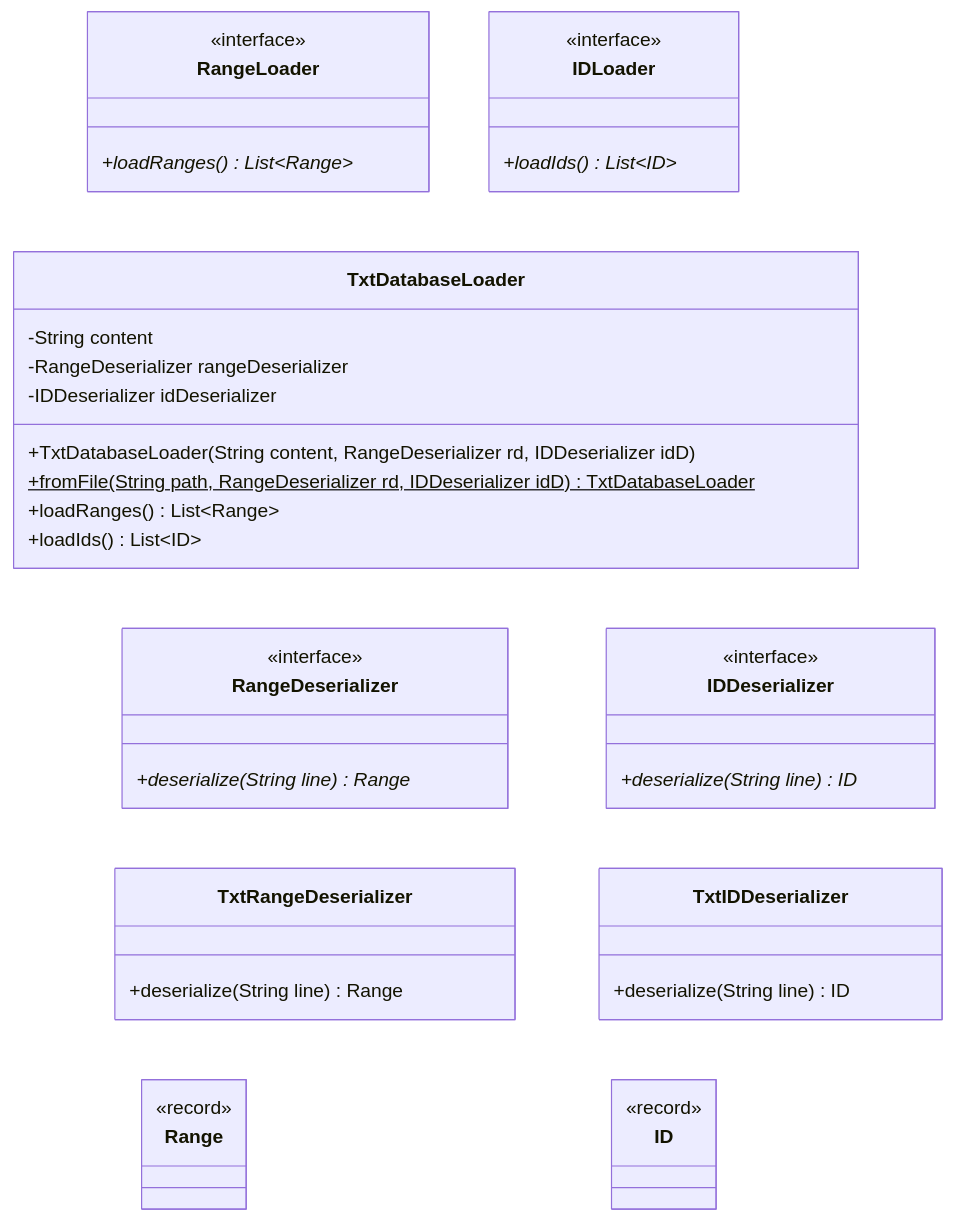
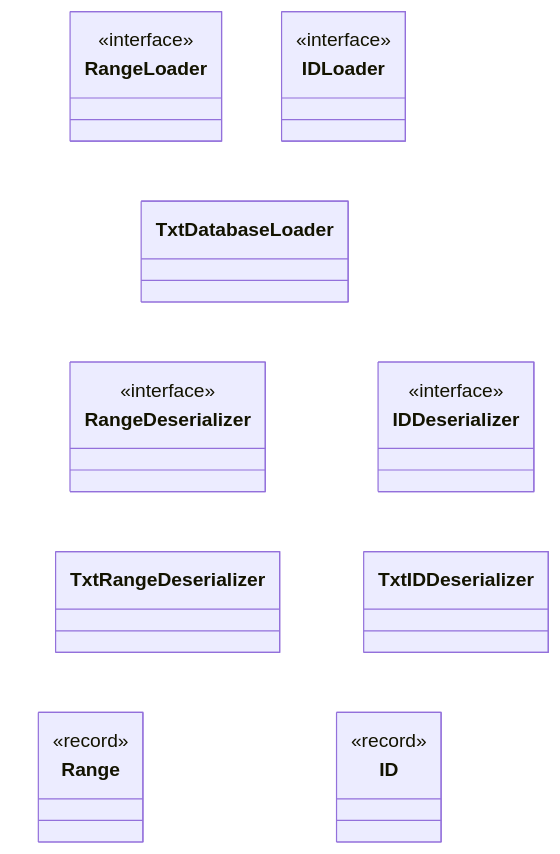
The diagram in UML diagrams/uml_day05_io.md (lauraheerrera/aoc2025), drawn with Mermaid before and after one commit. The commit also changed 76 other files, not shown here.

````diff
--- a/UML diagrams/uml_day05_io.md
+++ b/UML diagrams/uml_day05_io.md
@@ -3,59 +3,43 @@
 ```mermaid
 %%{init: { 'themeVariables': { 'lineColor': '#FFFFFF' } } }%%
 classDiagram
     direction TB
     class RangeLoader {
         <<interface>>
-        +loadRanges()* List~Range~
     }
     class IDLoader {
         <<interface>>
-        +loadIds()* List~ID~
     }
     class RangeDeserializer {
         <<interface>>
-        +deserialize(String line)* Range
     }
     class IDDeserializer {
         <<interface>>
-        +deserialize(String line)* ID
     }
     class TxtDatabaseLoader {
-        -String content
-        -RangeDeserializer rangeDeserializer
-        -IDDeserializer idDeserializer
-        +TxtDatabaseLoader(String content, RangeDeserializer rd, IDDeserializer idD)
-        +fromFile(String path, RangeDeserializer rd, IDDeserializer idD)$ TxtDatabaseLoader
-        +loadRanges() List~Range~
-        +loadIds() List~ID~
     }
     class TxtRangeDeserializer {
-        +deserialize(String line) Range
     }
     class TxtIDDeserializer {
-        +deserialize(String line) ID
     }
     class Range {
         <<record>>
     }
     class ID {
         <<record>>
     }
  
-    %% Implementaciones de interfaces
     RangeLoader <|.. TxtDatabaseLoader 
     IDLoader <|.. TxtDatabaseLoader 
     RangeDeserializer <|.. TxtRangeDeserializer 
     IDDeserializer <|.. TxtIDDeserializer 
  
-    %% Dependencias del cargador
     TxtDatabaseLoader --> RangeDeserializer 
     TxtDatabaseLoader --> IDDeserializer 
     TxtDatabaseLoader ..> Range 
     TxtDatabaseLoader ..> ID 
  
-    %% Dependencias de deserializadores
     TxtRangeDeserializer ..> Range 
     TxtRangeDeserializer ..> ID 
     TxtIDDeserializer ..> ID 
 ```
````
